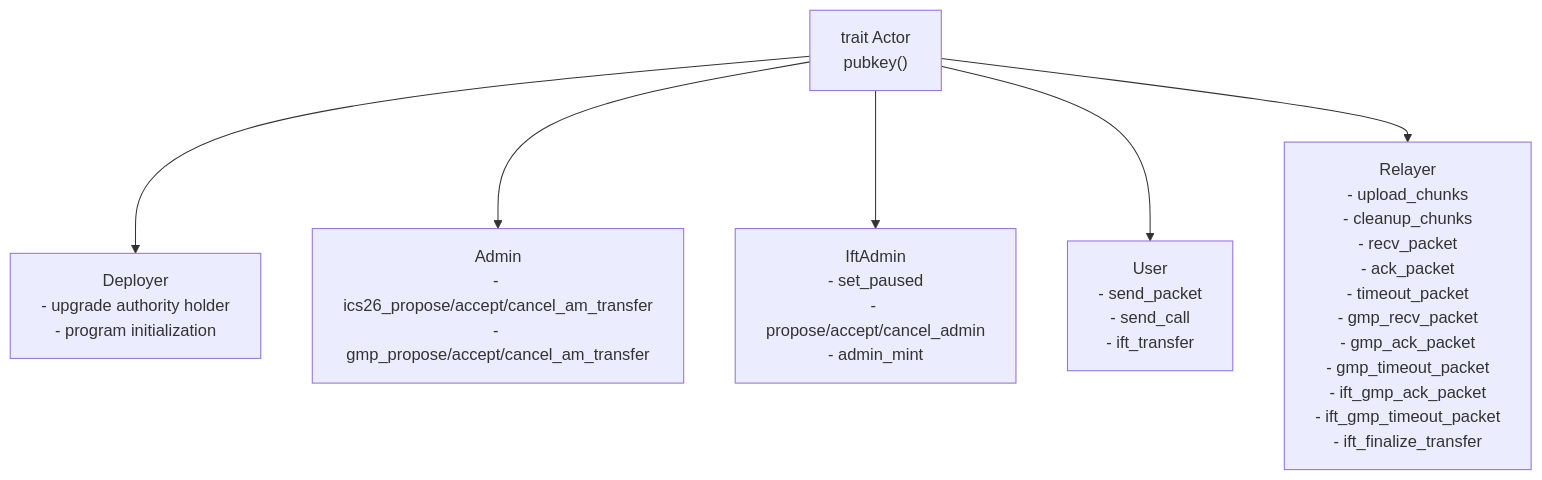
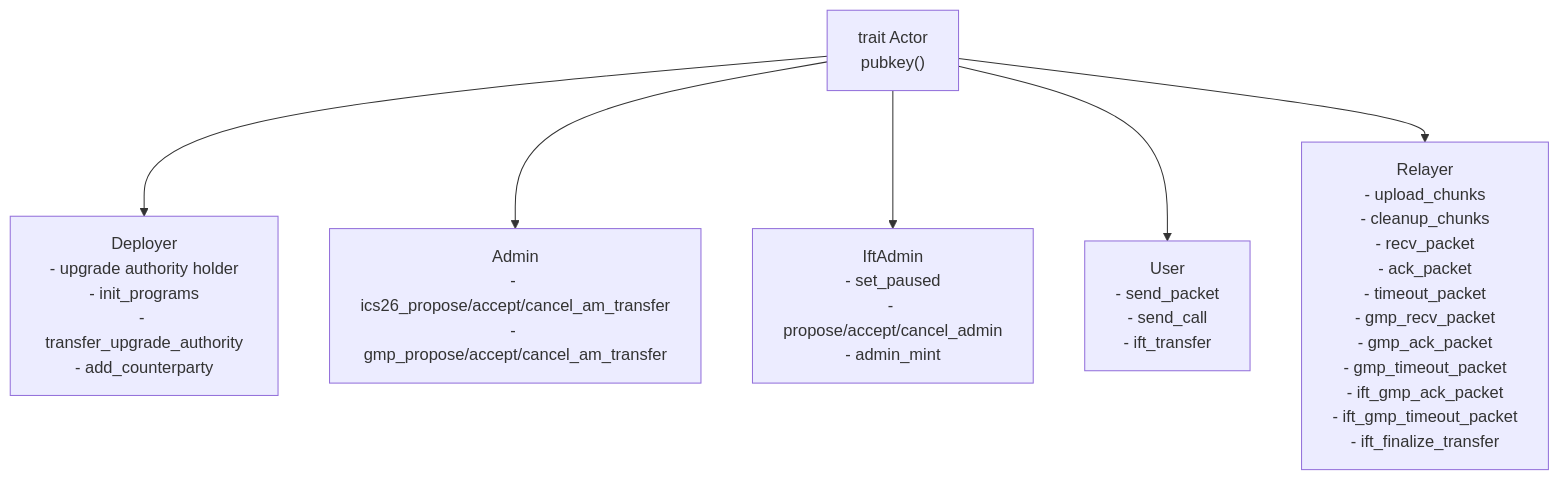
The third of 8 diagrams in programs/solana/integration-tests/README.md (cosmos/solidity-ibc-eureka), drawn with Mermaid before and after one commit. The commit also changed other lines of this file and 41 other files, not shown here.

````diff
--- a/programs/solana/integration-tests/README.md
+++ b/programs/solana/integration-tests/README.md
@@ -110,15 +119,15 @@
 ```mermaid
 graph TB
     Actor["trait Actor\npubkey()"]
-    Deployer["Deployer\n- upgrade authority holder\n- program initialization"]
+    Deployer["Deployer\n- upgrade authority holder\n- init_programs\n- transfer_upgrade_authority\n- add_counterparty"]
     Admin["Admin\n- ics26_propose/accept/cancel_am_transfer\n- gmp_propose/accept/cancel_am_transfer"]
     IftAdmin["IftAdmin\n- set_paused\n- propose/accept/cancel_admin\n- admin_mint"]
     User["User\n- send_packet\n- send_call\n- ift_transfer"]
     Relayer["Relayer\n- upload_chunks\n- cleanup_chunks\n- recv_packet\n- ack_packet\n- timeout_packet\n- gmp_recv_packet\n- gmp_ack_packet\n- gmp_timeout_packet\n- ift_gmp_ack_packet\n- ift_gmp_timeout_packet\n- ift_finalize_transfer"]
 
     Actor --> Deployer
     Actor --> Admin
     Actor --> IftAdmin
     Actor --> User
     Actor --> Relayer
 ```
````
